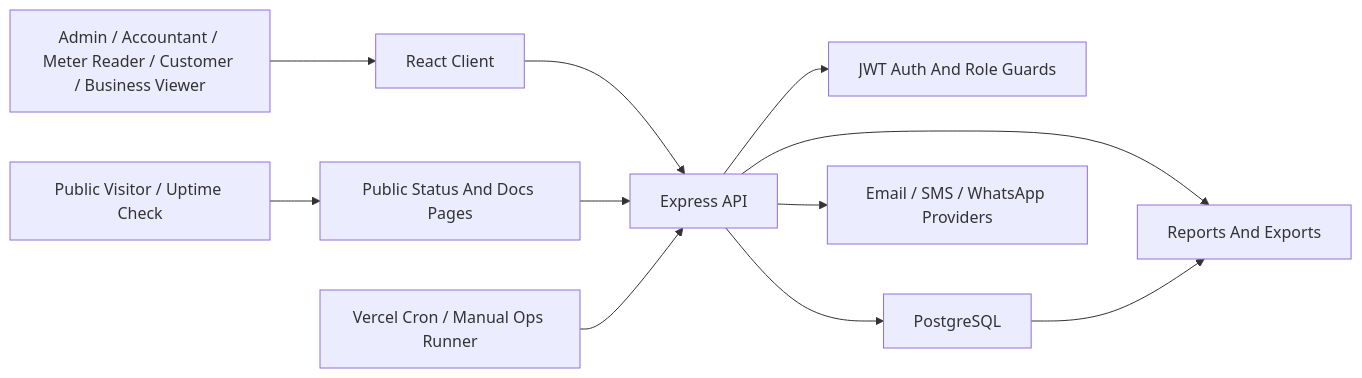
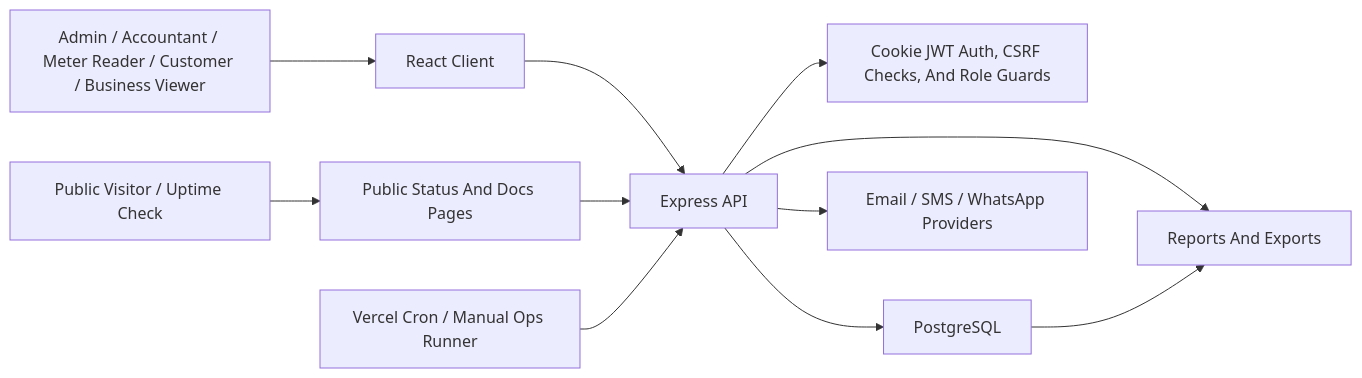
Before and after one commit to Jaymoh-h/AGUA-GLOBAL: the diagram in docs/01-system-architecture-overview.md, drawn with Mermaid. The commit also changed other lines of this file and 16 other files, not shown here.

````diff
--- a/docs/01-system-architecture-overview.md
+++ b/docs/01-system-architecture-overview.md
@@ -16,13 +16,13 @@
 ```mermaid
 flowchart LR
   User["Admin / Accountant / Meter Reader / Customer / Business Viewer"] --> Client["React Client"]
   PublicUser["Public Visitor / Uptime Check"] --> PublicPages["Public Status And Docs Pages"]
   Client --> API["Express API"]
   PublicPages --> API
-  API --> Auth["JWT Auth And Role Guards"]
+  API --> Auth["Cookie JWT Auth, CSRF Checks, And Role Guards"]
   API --> DB["PostgreSQL"]
   API --> Delivery["Email / SMS / WhatsApp Providers"]
   API --> Reports["Reports And Exports"]
   Cron["Vercel Cron / Manual Ops Runner"] --> API
   DB --> Reports
 ```
````
